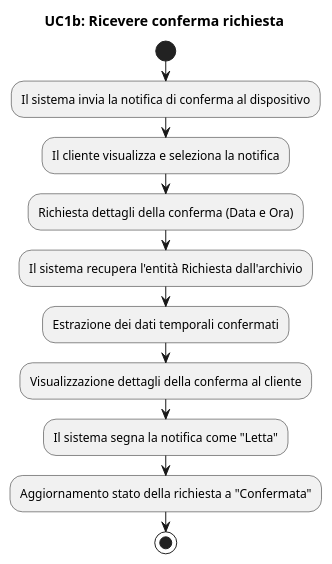
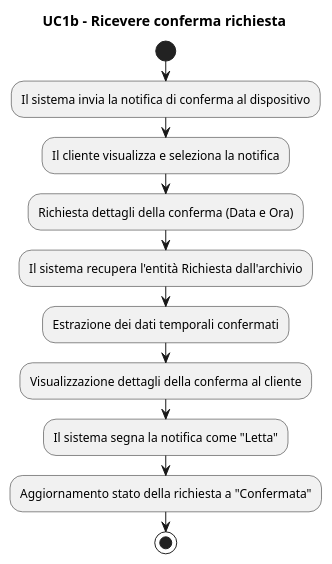
Before and after one commit to Samepsilon/FloWare: the diagram in diagrammiUML/diagrammi di attività/UC1b_Ricevere_Conferma_Richiesta_Preventivo_Appuntamento.puml, drawn with PlantUML. The commit also changed 34 other files, not shown here.

```diff
--- a/diagrammiUML/diagrammi di attività/UC1b_Ricevere_Conferma_Richiesta_Preventivo_Appuntamento.puml
+++ b/diagrammiUML/diagrammi di attività/UC1b_Ricevere_Conferma_Richiesta_Preventivo_Appuntamento.puml
@@ -1,24 +1,24 @@
 @startuml
 
-title UC1b: Ricevere conferma richiesta
+title UC1b - Ricevere conferma richiesta
 
 start
 
 :Il sistema invia la notifica di conferma al dispositivo;
 
 :Il cliente visualizza e seleziona la notifica;
 
 :Richiesta dettagli della conferma (Data e Ora);
 
 :Il sistema recupera l'entità Richiesta dall'archivio;
 
 :Estrazione dei dati temporali confermati;
 
 :Visualizzazione dettagli della conferma al cliente;
 
 :Il sistema segna la notifica come "Letta";
 
 :Aggiornamento stato della richiesta a "Confermata";
 
 stop
 @enduml
```
